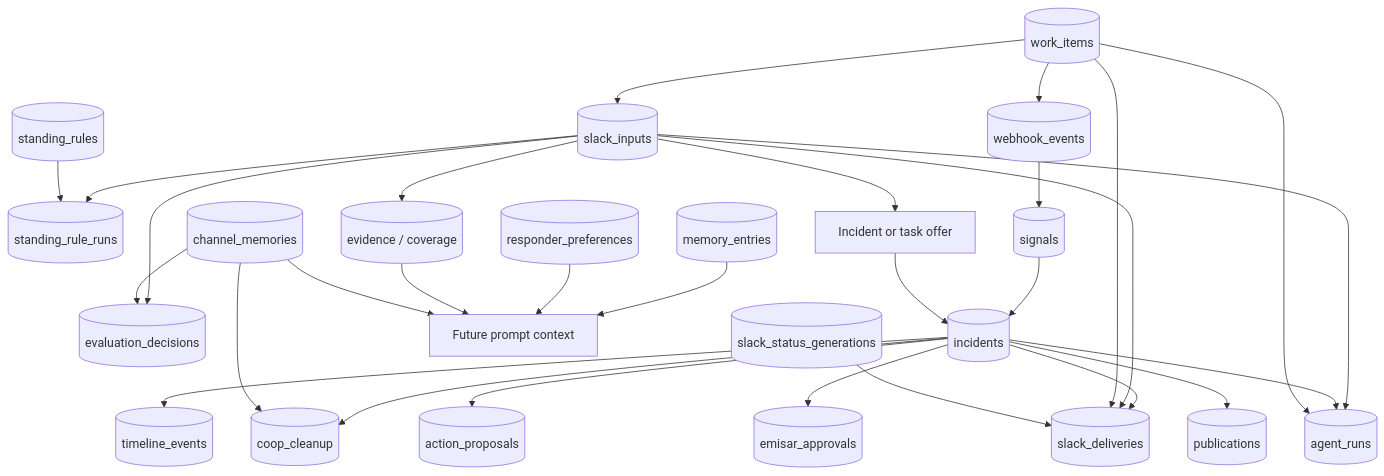
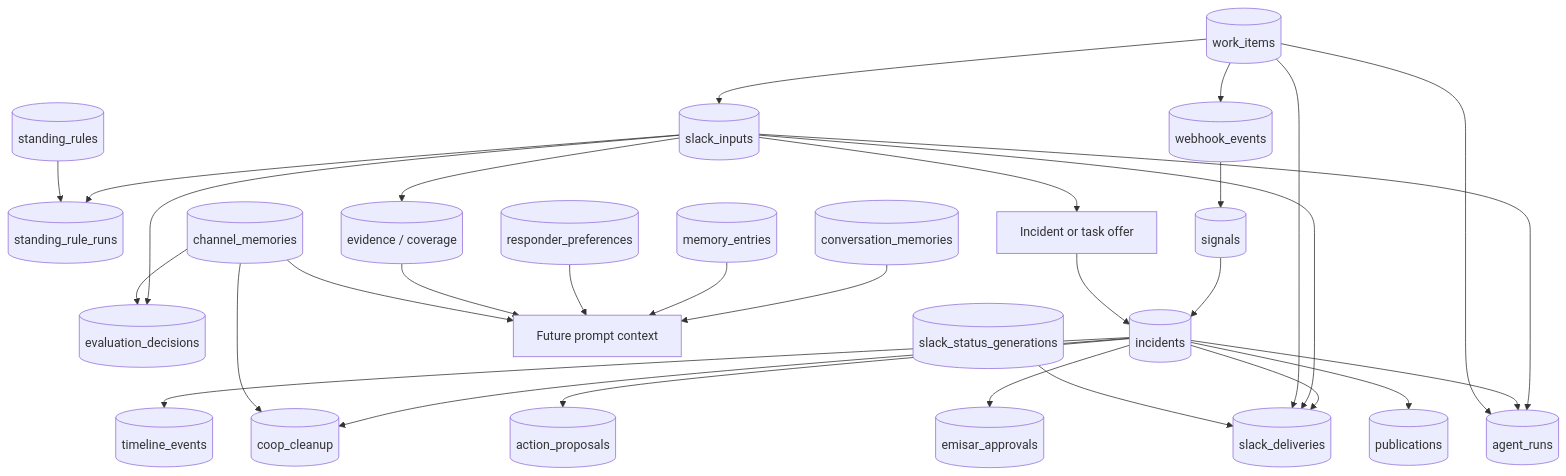
Diagram 11 of 11 in docs/how-responder-works.md (AndrewDryga/ryker), drawn with Mermaid before and after one commit. The commit also changed other lines of this file and 57 other files, not shown here.

````diff
--- a/docs/how-responder-works.md
+++ b/docs/how-responder-works.md
@@ -523,35 +532,36 @@
 ```mermaid
 flowchart TB
   SlackInput[("slack_inputs")] --> Evaluation[("evaluation_decisions")]
   SlackInput --> RuleRun[("standing_rule_runs")]
   SlackInput --> Evidence[("evidence / coverage")]
   SlackInput --> WorkOffer["Incident or task offer"]
 
   Webhook[("webhook_events")] --> Signals[("signals")]
   Signals --> Incident[("incidents")]
   WorkOffer --> Incident
 
   SlackInput --> AgentRuns[("agent_runs")]
   Incident --> AgentRuns
   Incident --> Deliveries[("slack_deliveries")]
   SlackInput --> Deliveries
   Incident --> Timeline[("timeline_events")]
   Incident --> Proposals[("action_proposals")]
   Incident --> Approvals[("emisar_approvals")]
   Incident --> Publication[("publications")]
 
   ChannelMemory[("channel_memories")] --> Evaluation
+  ConversationMemory[("conversation_memories")] --> PromptContext
   Memory[("memory_entries")] --> PromptContext["Future prompt context"]
   Preferences[("responder_preferences")] --> PromptContext
   Rules[("standing_rules")] --> RuleRun
   Evidence --> PromptContext
   ChannelMemory --> PromptContext
 
   Incident --> Cleanup[("coop_cleanup")]
   ChannelMemory --> Cleanup
   Scheduler[("work_items")] --> SlackInput
   Scheduler --> Webhook
   Scheduler --> AgentRuns
   Scheduler --> Deliveries
   StatusGeneration[("slack_status_generations")] --> Deliveries
 ```
````
